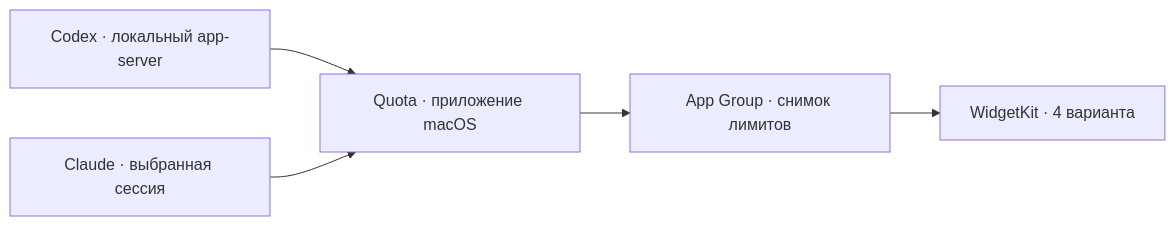
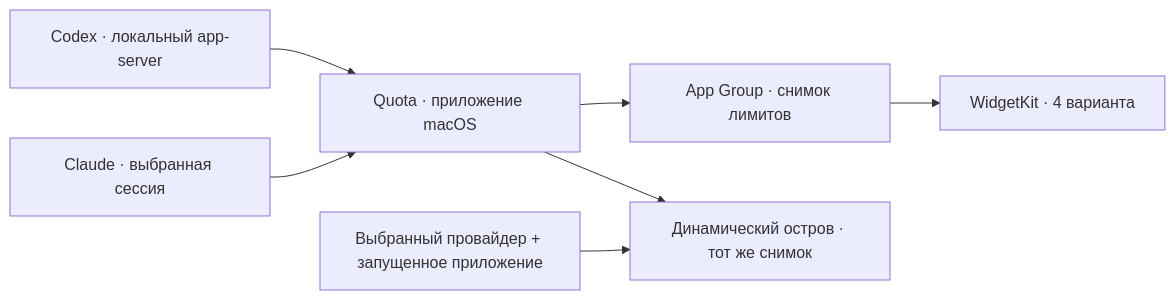
Before and after one commit to zhmpng/Quota: the diagram in README.md, drawn with Mermaid. The commit also changed other lines of this file and 20 other files, not shown here.

Commit message:
Добавлен динамический остров

````diff
--- a/README.md
+++ b/README.md
@@ -152,7 +212,9 @@
 ```mermaid
 flowchart LR
     C["Codex · локальный app-server"] --> Q["Quota · приложение macOS"]
     A["Claude · выбранная сессия"] --> Q
     Q --> S["App Group · снимок лимитов"]
     S --> W["WidgetKit · 4 варианта"]
+    Q --> I["Динамический остров · тот же снимок"]
+    P["Выбранный провайдер + запущенное приложение"] --> I
 ```
````
